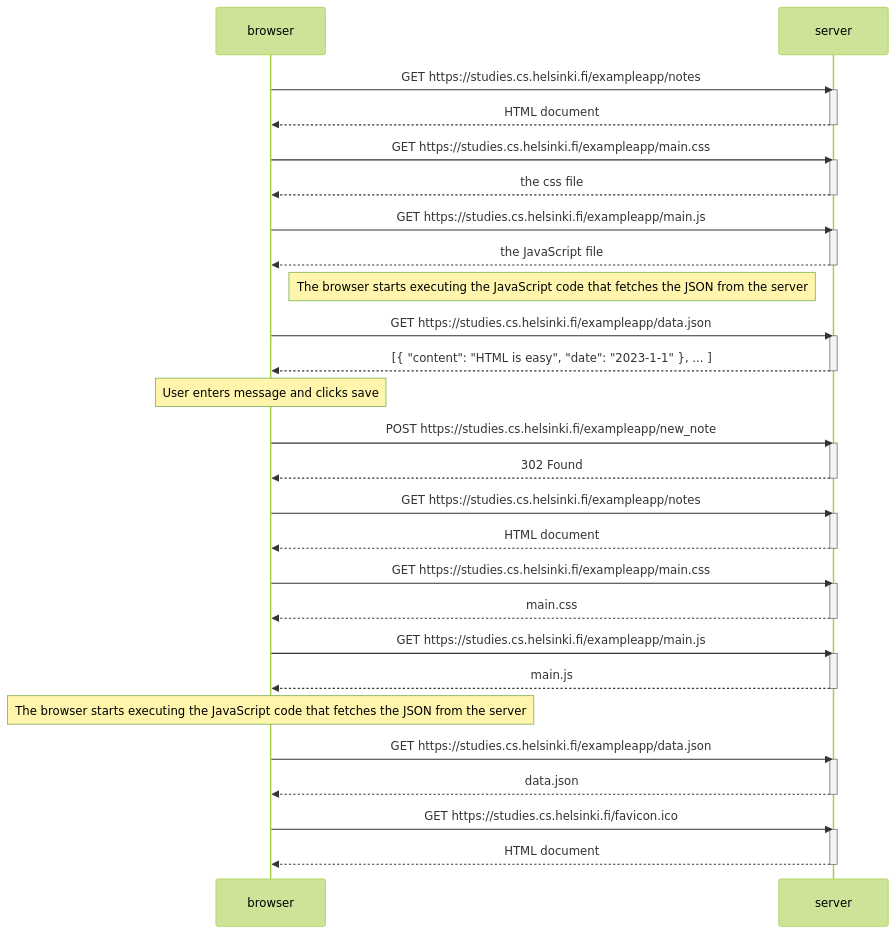
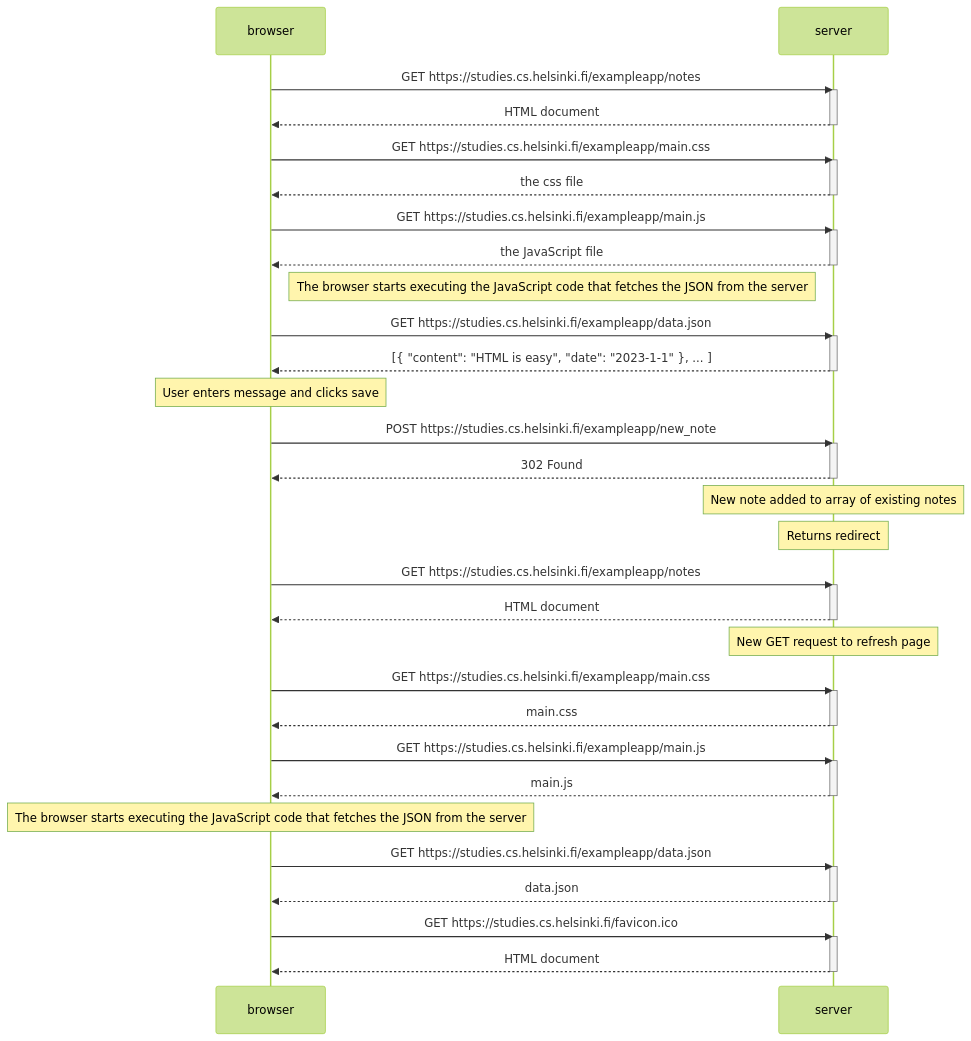
Before and after one commit to joekbullard/helsinki-mooc: the diagram in part0/0.4.md, drawn with Mermaid (forest theme).

````diff
--- a/part0/0.4.md
+++ b/part0/0.4.md
@@ -1,62 +1,68 @@
 ```mermaid
 sequenceDiagram
     participant browser
     participant server
     
     browser->>server: GET https://studies.cs.helsinki.fi/exampleapp/notes
     activate server
     server-->>browser: HTML document
     deactivate server
 
     browser->>server: GET https://studies.cs.helsinki.fi/exampleapp/main.css
     activate server
     server-->>browser: the css file
     deactivate server
 
     browser->>server: GET https://studies.cs.helsinki.fi/exampleapp/main.js
     activate server
     server-->>browser: the JavaScript file
     deactivate server
 
     Note right of browser: The browser starts executing the JavaScript code that fetches the JSON from the server
 
     browser->>server: GET https://studies.cs.helsinki.fi/exampleapp/data.json
     activate server
     server-->>browser: [{ "content": "HTML is easy", "date": "2023-1-1" }, ... ]
     deactivate server
     
     Note over browser: User enters message and clicks save
     
     browser->>server: POST https://studies.cs.helsinki.fi/exampleapp/new_note
     activate server
     server-->>browser: 302 Found
     deactivate server
     
+    Note over server: New note added to array of existing notes
+    
+    Note over server: Returns redirect
+    
     browser->>server: GET https://studies.cs.helsinki.fi/exampleapp/notes
     activate server
     server-->>browser: HTML document
     deactivate server
+    
+    Note over server: New GET request to refresh page
     
     browser->>server: GET https://studies.cs.helsinki.fi/exampleapp/main.css
     activate server
     server-->>browser: main.css
     deactivate server
 
     browser->>server: GET https://studies.cs.helsinki.fi/exampleapp/main.js
     activate server
     server-->>browser: main.js
     deactivate server
     
     Note over browser: The browser starts executing the JavaScript code that fetches the JSON from the server
     
     browser->>server: GET https://studies.cs.helsinki.fi/exampleapp/data.json
     activate server
     server-->>browser: data.json
     deactivate server
     
     browser->>server: GET https://studies.cs.helsinki.fi/favicon.ico
     activate server
     server-->>browser: HTML document
     deactivate server
 
 ```    
````
